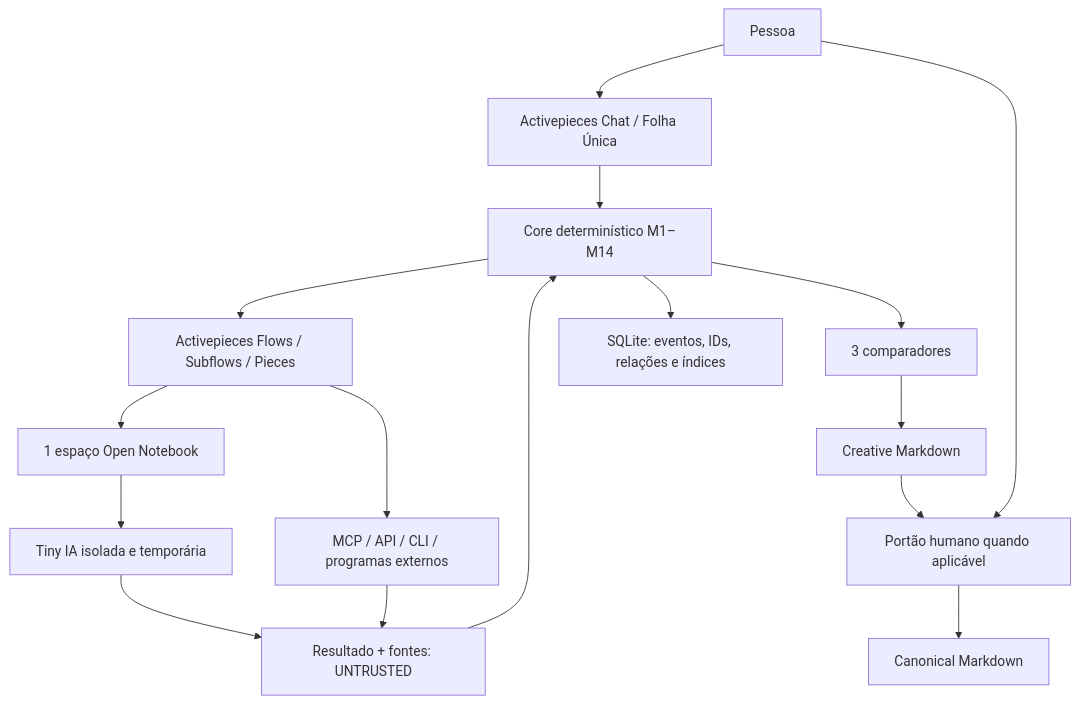
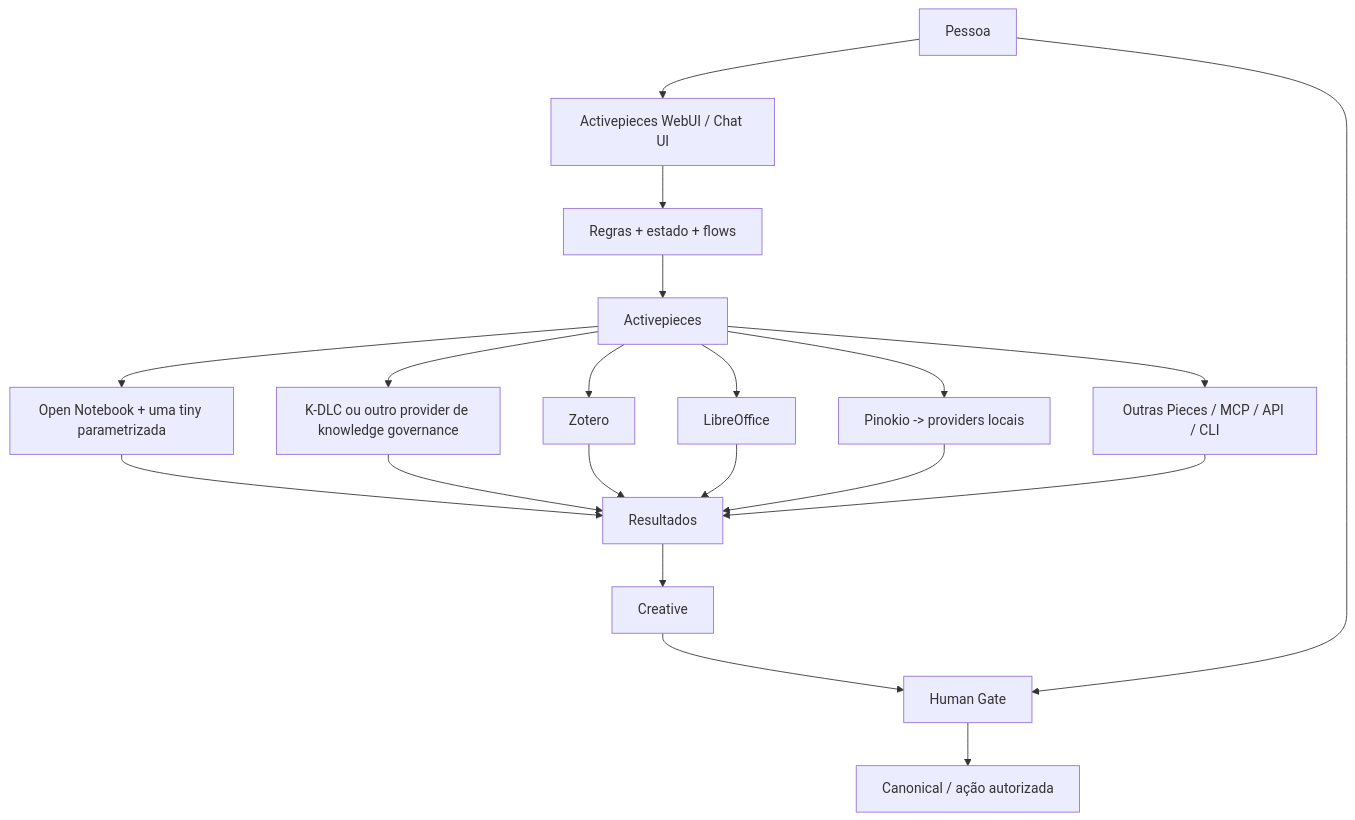
Before and after one commit to PAPACREATOR/cerebro-parvo-: the diagram in docs/PROJETO-FINAL-AUDITADO-2026-09-28.md, drawn with Mermaid. The commit also changed other lines of this file, not shown here.

Commit message:
Close final architecture as composition-first system

```diff
--- a/docs/PROJETO-FINAL-AUDITADO-2026-09-28.md
+++ b/docs/PROJETO-FINAL-AUDITADO-2026-09-28.md
@@ -18,18 +17,22 @@
 ~~~mermaid
 flowchart TD
-    P[Pessoa] --> UI[Activepieces Chat / Folha Única]
-    UI --> C[Core determinístico M1–M14]
-    C --> AP[Activepieces Flows / Subflows / Pieces]
-    AP --> EXT[MCP / API / CLI / programas externos]
-    AP --> ON[1 espaço Open Notebook]
-    ON --> T[Tiny IA isolada e temporária]
-    T --> U[Resultado + fontes: UNTRUSTED]
-    EXT --> U
-    U --> C
-    C --> CMP[3 comparadores]
-    CMP --> CR[Creative Markdown]
-    CR --> H[Portão humano quando aplicável]
+    P[Pessoa] --> UI[Activepieces WebUI / Chat UI]
+    UI --> R[Regras + estado + flows]
+    R --> AP[Activepieces]
+    AP --> ON[Open Notebook + uma tiny parametrizada]
+    AP --> KG[K-DLC ou outro provider de knowledge governance]
+    AP --> Z[Zotero]
+    AP --> LO[LibreOffice]
+    AP --> PX[Pinokio -> providers locais]
+    AP --> OT[Outras Pieces / MCP / API / CLI]
+    ON --> U[Resultados]
+    KG --> U
+    Z --> U
+    LO --> U
+    PX --> U
+    OT --> U
+    U --> CR[Creative]
+    CR --> H[Human Gate]
     P --> H
-    H --> CA[Canonical Markdown]
-    C --> SQ[SQLite: eventos, IDs, relações e índices]
+    H --> CA[Canonical / ação autorizada]
 ~~~
```
